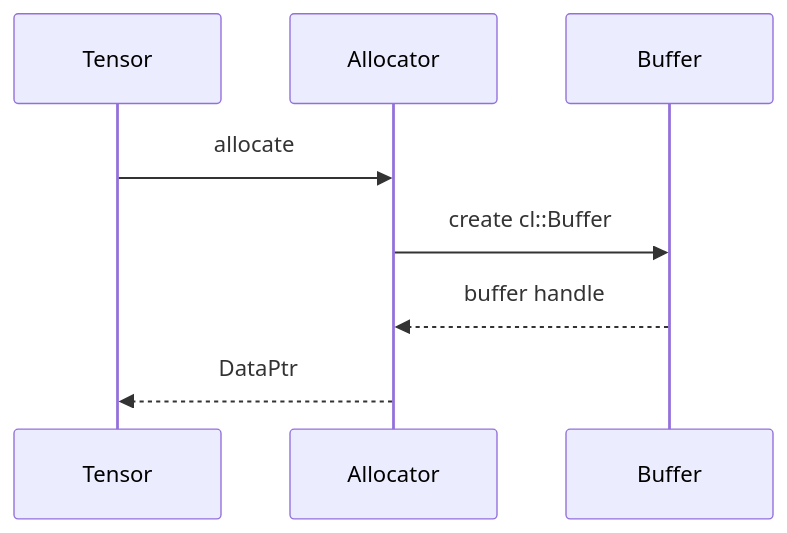
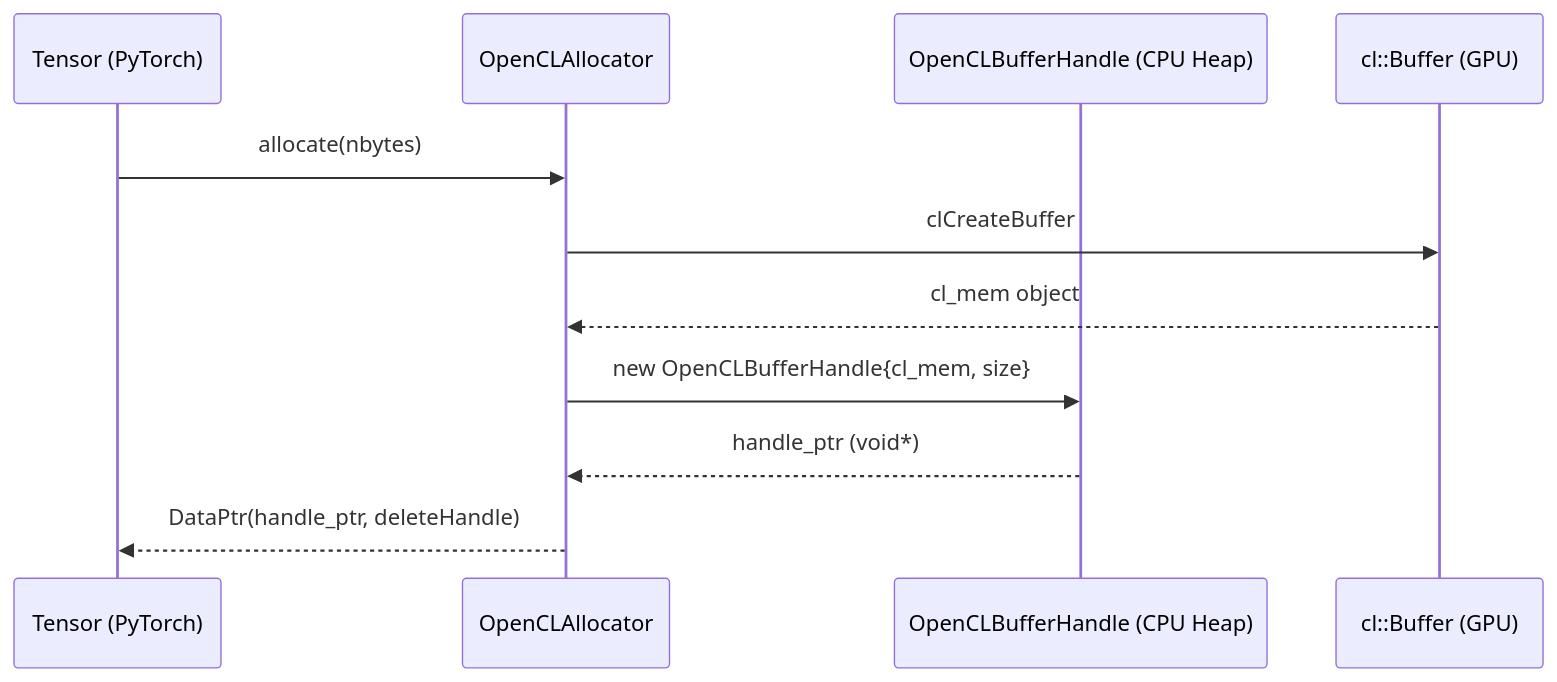
Before and after one commit to izzalDev/torch-opencl: the second of 2 diagrams in docs/architecture/allocator-design.md, drawn with Mermaid. The commit also changed other lines of this file and 5 other files, not shown here.

````diff
--- a/docs/architecture/allocator-design.md
+++ b/docs/architecture/allocator-design.md
@@ -44,11 +61,15 @@
 ```mermaid
 sequenceDiagram
-    participant T as Tensor
-    participant A as Allocator
-    participant B as Buffer
+    participant T as Tensor (PyTorch)
+    participant A as OpenCLAllocator
+    participant H as OpenCLBufferHandle (CPU Heap)
+    participant B as cl::Buffer (GPU)
 
-    T->>A: allocate
-    A->>B: create cl::Buffer
-    B-->>A: buffer handle
-    A-->>T: DataPtr
+    T->>A: allocate(nbytes)
+    A->>B: clCreateBuffer
+    B-->>A: cl_mem object
+    A->>H: new OpenCLBufferHandle{cl_mem, size}
+    H-->>A: handle_ptr (void*)
+    A-->>T: DataPtr(handle_ptr, deleteHandle)
+
 ```
````
